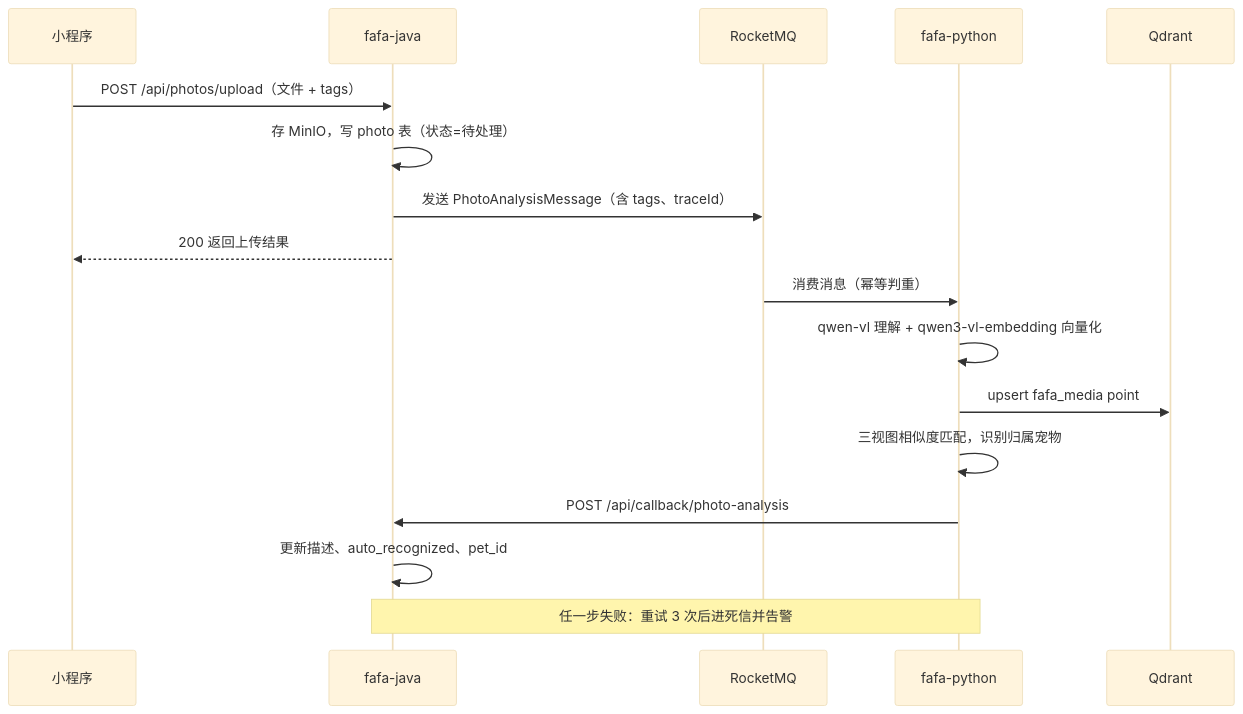
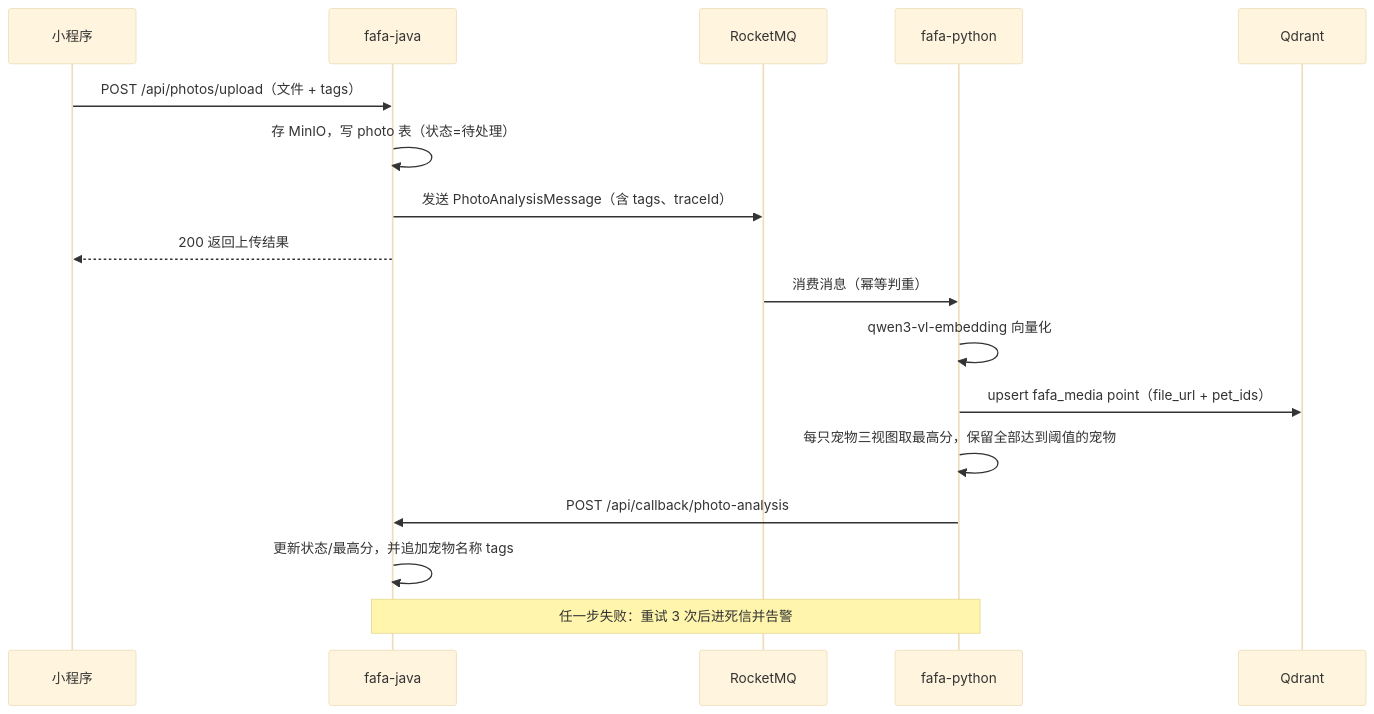
Before and after one commit to busizeshi/FaFa: the second of 2 diagrams in docs/技术选型与项目框架搭建.md, drawn with Mermaid (base theme). The commit also changed other lines of this file and 133 other files, not shown here.

````diff
--- a/docs/技术选型与项目框架搭建.md
+++ b/docs/技术选型与项目框架搭建.md
@@ -436,20 +436,20 @@
 ```mermaid
 sequenceDiagram
     participant MP as 小程序
     participant J as fafa-java
     participant MQ as RocketMQ
     participant P as fafa-python
     participant Q as Qdrant
 
     MP->>J: POST /api/photos/upload（文件 + tags）
     J->>J: 存 MinIO，写 photo 表（状态=待处理）
     J->>MQ: 发送 PhotoAnalysisMessage（含 tags、traceId）
     J-->>MP: 200 返回上传结果
     MQ->>P: 消费消息（幂等判重）
-    P->>P: qwen-vl 理解 + qwen3-vl-embedding 向量化
-    P->>Q: upsert fafa_media point
-    P->>P: 三视图相似度匹配，识别归属宠物
+    P->>P: qwen3-vl-embedding 向量化
+    P->>Q: upsert fafa_media point（file_url + pet_ids）
+    P->>P: 每只宠物三视图取最高分，保留全部达到阈值的宠物
     P->>J: POST /api/callback/photo-analysis
-    J->>J: 更新描述、auto_recognized、pet_id
+    J->>J: 更新状态/最高分，并追加宠物名称 tags
     Note over P,J: 任一步失败：重试 3 次后进死信并告警
 ```
````
